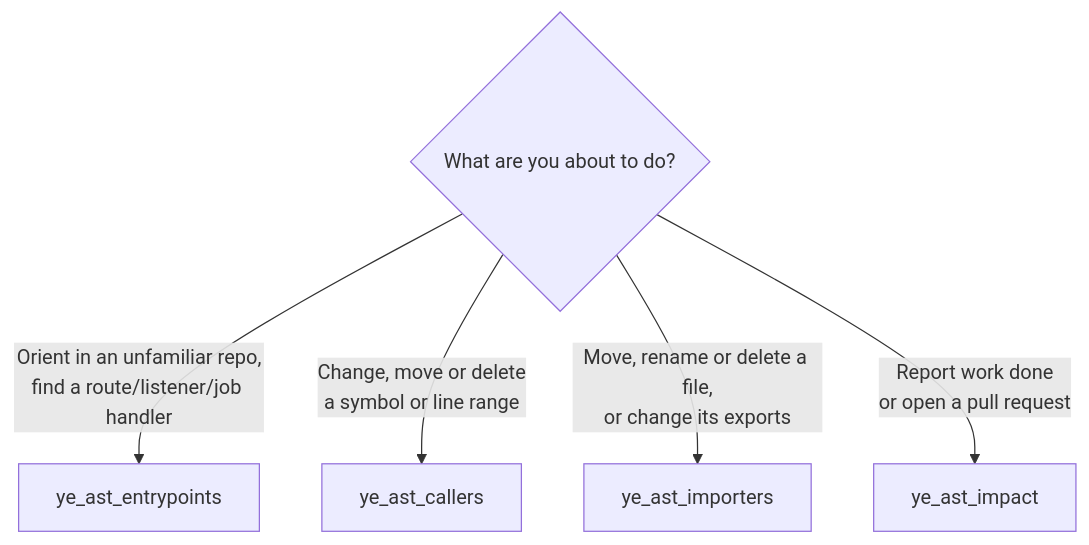
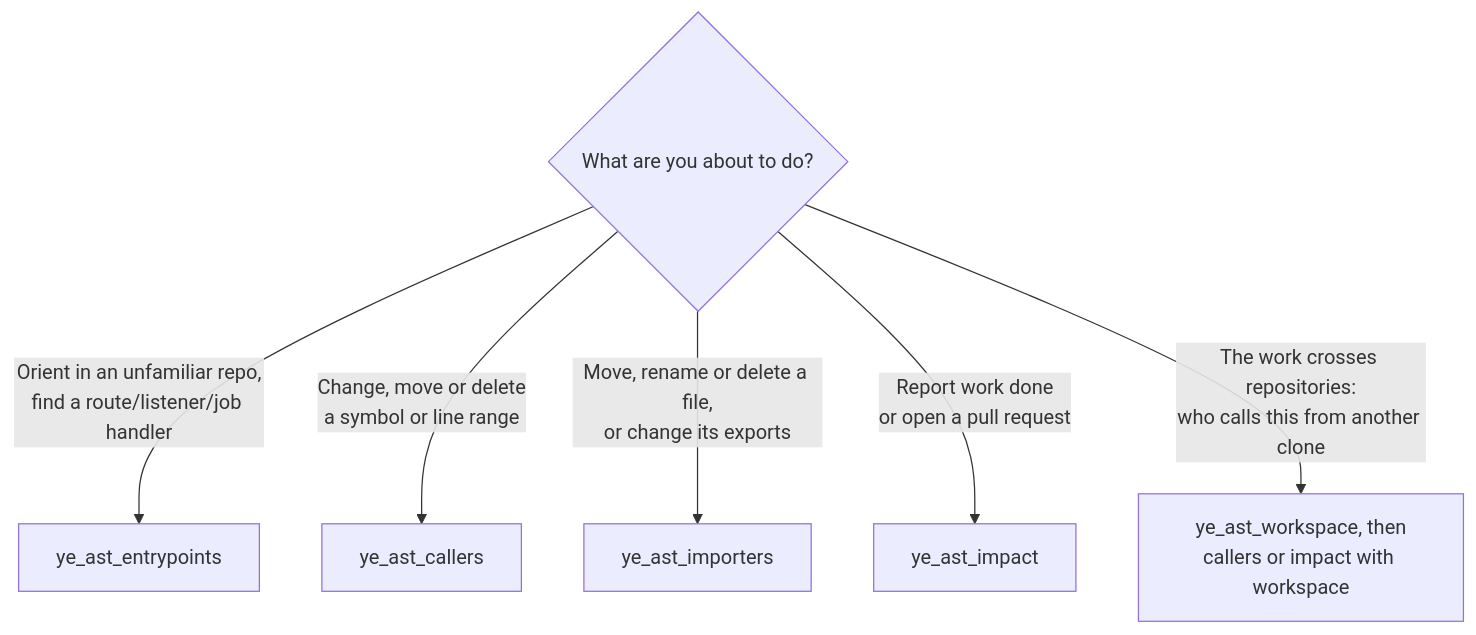
Before and after one commit to ArielFalcon/ye-ast: the third of 4 diagrams in README.md, drawn with Mermaid. The commit also changed other lines of this file and 15 other files, not shown here.

First line of the commit message:
feat(workspace): join call sites of other repositories to the routes a change reaches, on ye_ast_callers and ye_ast_impact

````diff
--- a/README.md
+++ b/README.md
@@ -275,8 +275,9 @@
 ```mermaid
 flowchart TD
     Q{"What are you about to do?"}
     Q -->|"Orient in an unfamiliar repo,<br/>find a route/listener/job handler"| E["ye_ast_entrypoints"]
     Q -->|"Change, move or delete<br/>a symbol or line range"| C["ye_ast_callers"]
     Q -->|"Move, rename or delete a file,<br/>or change its exports"| I["ye_ast_importers"]
     Q -->|"Report work done<br/>or open a pull request"| P["ye_ast_impact"]
+    Q -->|"The work crosses repositories:<br/>who calls this from another clone"| W["ye_ast_workspace, then<br/>callers or impact with workspace"]
 ```
````
